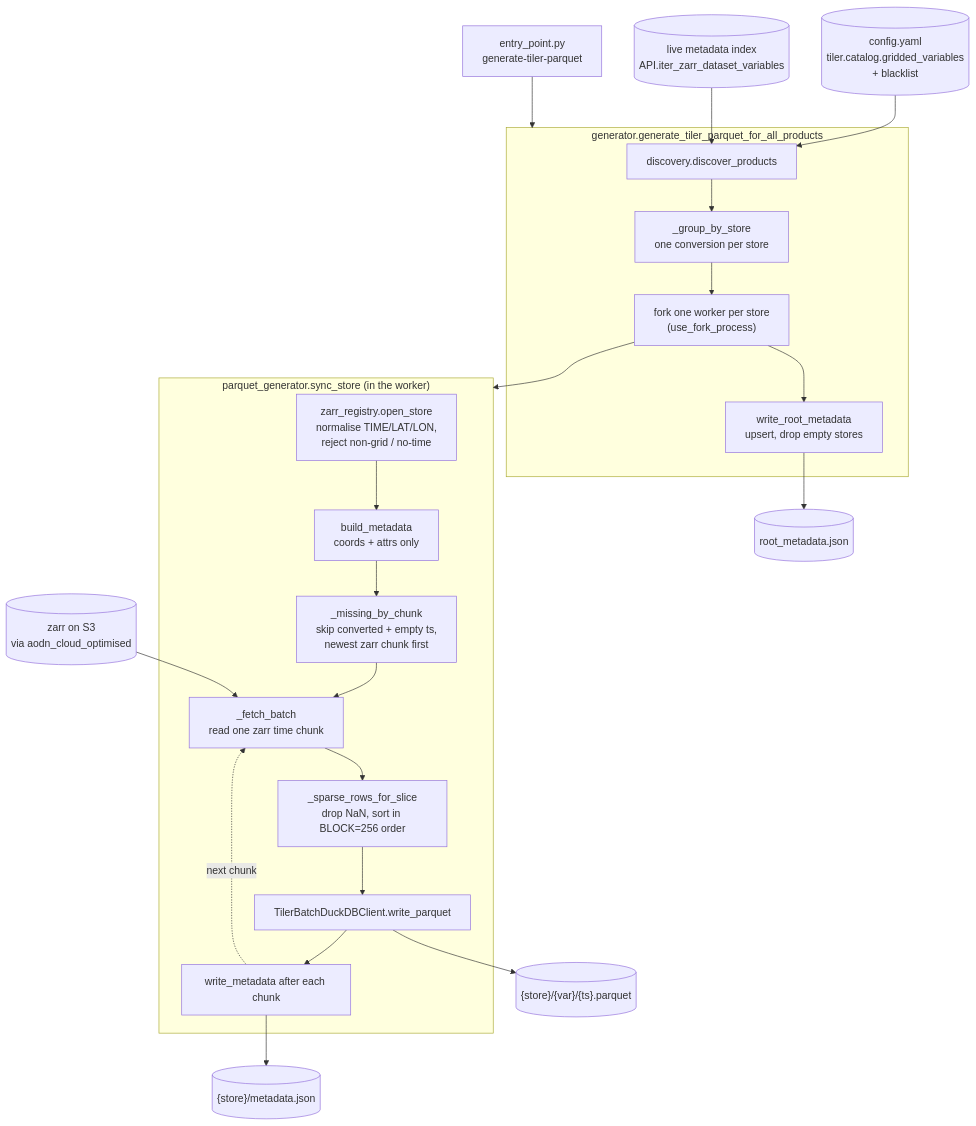
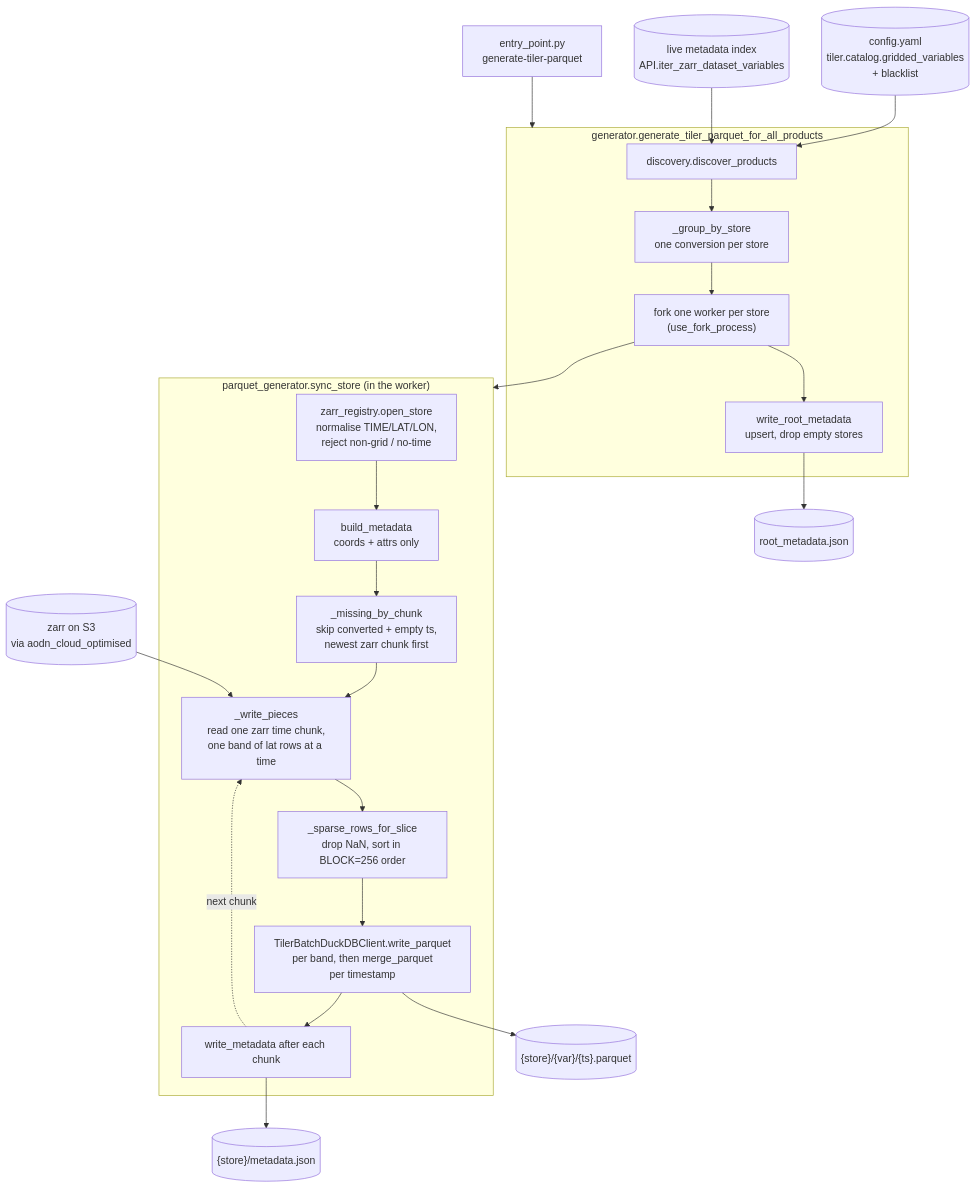
Before and after one commit to aodn/data-access-service: the first of 3 diagrams in data_access_service/tiler/ARCHITECTURE.md, drawn with Mermaid. The commit also changed other lines of this file and 5 other files, not shown here.

Commit message:
generate parquet progressively by fetching zarr chunks in batch to avoid oom in batch

````diff
--- a/data_access_service/tiler/ARCHITECTURE.md
+++ b/data_access_service/tiler/ARCHITECTURE.md
@@ -29,34 +29,34 @@
 ```mermaid
 flowchart TD
     EP["entry_point.py<br/>generate-tiler-parquet"] --> GEN
 
     subgraph GEN["generator.generate_tiler_parquet_for_all_products"]
         DISC["discovery.discover_products"]
         GROUP["_group_by_store<br/>one conversion per store"]
         FORK["fork one worker per store<br/>(use_fork_process)"]
         ROOT["write_root_metadata<br/>upsert, drop empty stores"]
         DISC --> GROUP --> FORK --> ROOT
     end
 
     CFG[("config.yaml<br/>tiler.catalog.gridded_variables<br/>+ blacklist")] --> DISC
     META[("live metadata index<br/>API.iter_zarr_dataset_variables")] --> DISC
 
     FORK --> SYNC
 
     subgraph SYNC["parquet_generator.sync_store (in the worker)"]
         OPEN["zarr_registry.open_store<br/>normalise TIME/LAT/LON,<br/>reject non-grid / no-time"]
         BUILD["build_metadata<br/>coords + attrs only"]
         DIFF["_missing_by_chunk<br/>skip converted + empty ts,<br/>newest zarr chunk first"]
-        FETCH["_fetch_batch<br/>read one zarr time chunk"]
+        FETCH["_write_pieces<br/>read one zarr time chunk,<br/>one band of lat rows at a time"]
         SPARSE["_sparse_rows_for_slice<br/>drop NaN, sort in BLOCK=256 order"]
-        WRITE["TilerBatchDuckDBClient.write_parquet"]
+        WRITE["TilerBatchDuckDBClient.write_parquet<br/>per band, then merge_parquet<br/>per timestamp"]
         SIDE["write_metadata after each chunk"]
         OPEN --> BUILD --> DIFF --> FETCH --> SPARSE --> WRITE --> SIDE
         SIDE -.next chunk.-> FETCH
     end
 
     ZARR[("zarr on S3<br/>via aodn_cloud_optimised")] --> FETCH
     WRITE --> PQ[("{store}/{var}/{ts}.parquet")]
     SIDE --> SM[("{store}/metadata.json")]
     ROOT --> RM[("root_metadata.json")]
 ```
````
